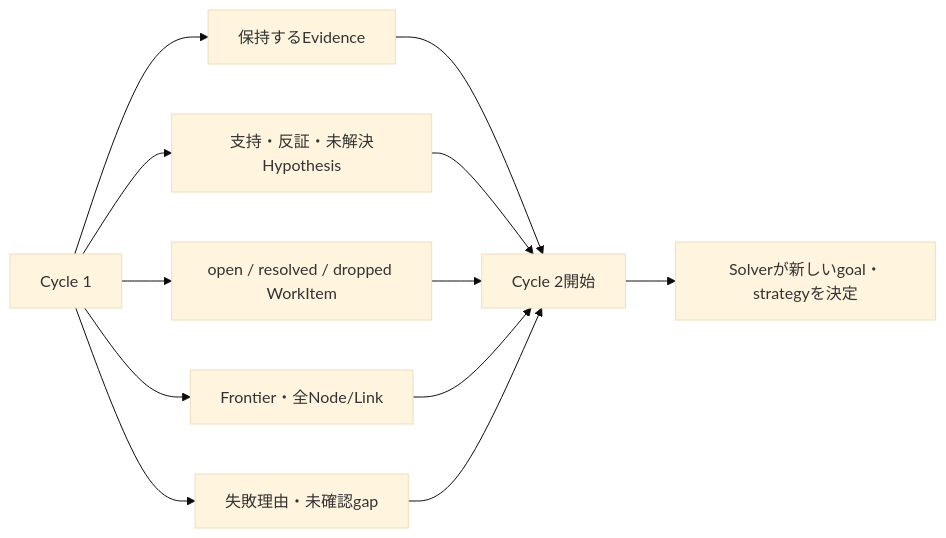
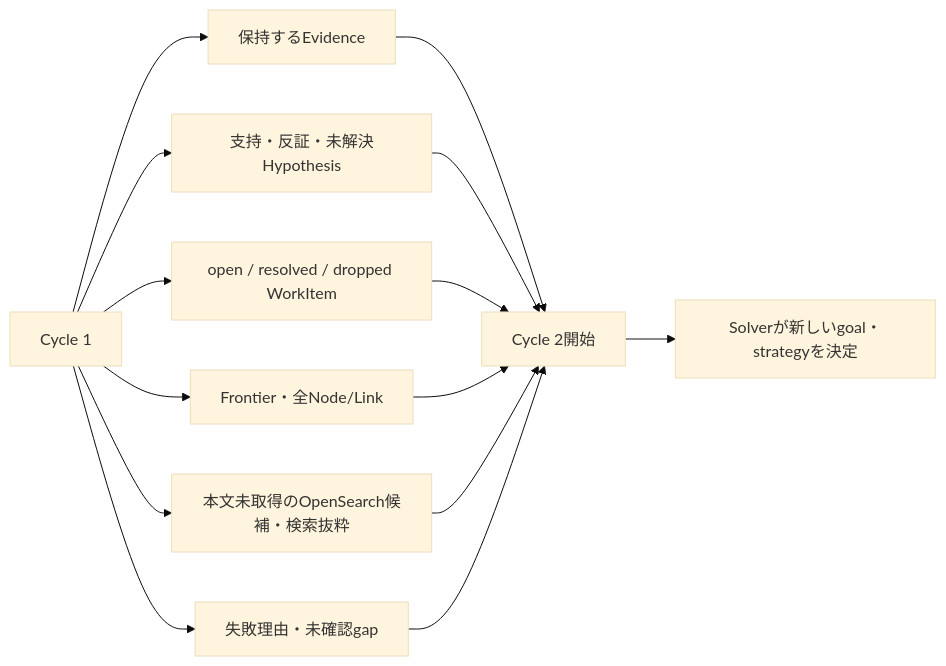
Before and after one commit to Noriaki-4/local-rag-poc-law: the eighth of 12 diagrams in docs/generic_iterative_agent_framework_plan_visual.md, drawn with Mermaid (base theme). The commit also changed other lines of this file and 4 other files, not shown here.

````diff
--- a/docs/generic_iterative_agent_framework_plan_visual.md
+++ b/docs/generic_iterative_agent_framework_plan_visual.md
@@ -198,14 +198,16 @@
 ```mermaid
 flowchart LR
     C1[Cycle 1] --> E[保持するEvidence]
     C1 --> H[支持・反証・未解決Hypothesis]
     C1 --> W[open / resolved / dropped WorkItem]
     C1 --> F[Frontier・全Node/Link]
+    C1 --> S[本文未取得のOpenSearch候補・検索抜粋]
     C1 --> X[失敗理由・未確認gap]
     E --> C2[Cycle 2開始]
     H --> C2
     W --> C2
     F --> C2
+    S --> C2
     X --> C2
     C2 --> P2[Solverが新しいgoal・strategyを決定]
 ```
````
